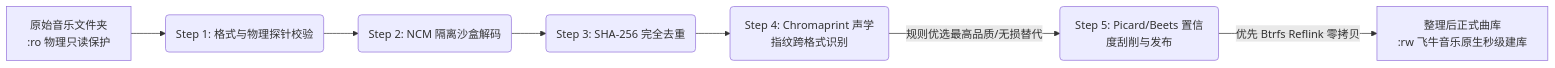
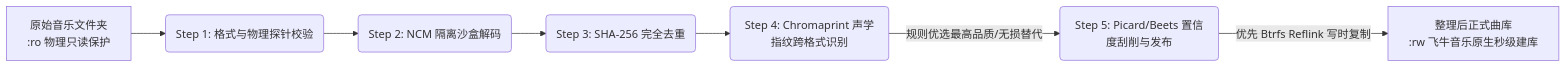
One commit to liuchangchxy/fn-music-companion changed the diagram in README.md. Above: the diagram before and after it, drawn with Mermaid. The commit also changed other lines of this file and 6 other files, not shown here.

````diff
--- a/README.md
+++ b/README.md
@@ -42,9 +42,9 @@
 ```mermaid
 flowchart LR
     A[原始音乐文件夹<br/>:ro 物理只读保护] --> B(Step 1: 格式与物理探针校验)
     B --> C(Step 2: NCM 隔离沙盒解码)
     C --> D(Step 3: SHA-256 完全去重)
     D --> E(Step 4: Chromaprint 声学指纹跨格式识别)
     E -->|规则优选最高品质/无损替代| F(Step 5: Picard/Beets 置信度刮削与发布)
-    F -->|优先 Btrfs Reflink 零拷贝| G[整理后正式曲库<br/>:rw 飞牛音乐原生秒级建库]
+    F -->|优先 Btrfs Reflink 写时复制| G[整理后正式曲库<br/>:rw 飞牛音乐原生秒级建库]
 ```
````
